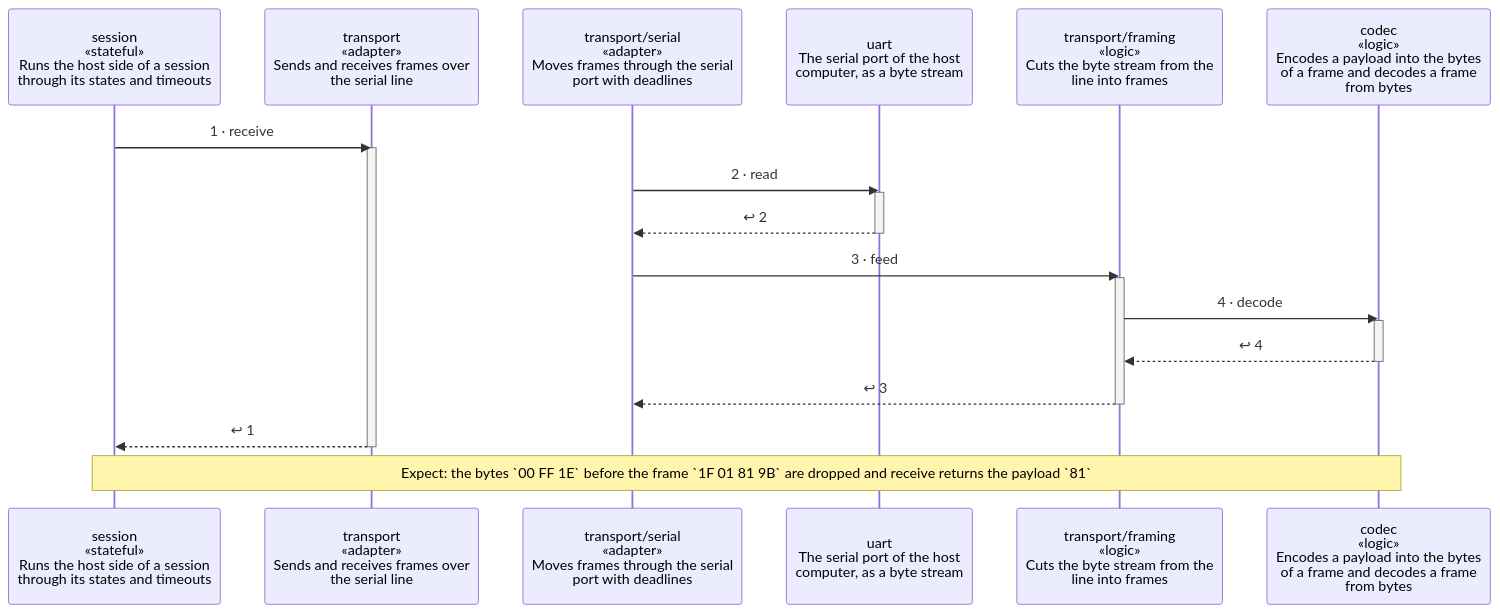
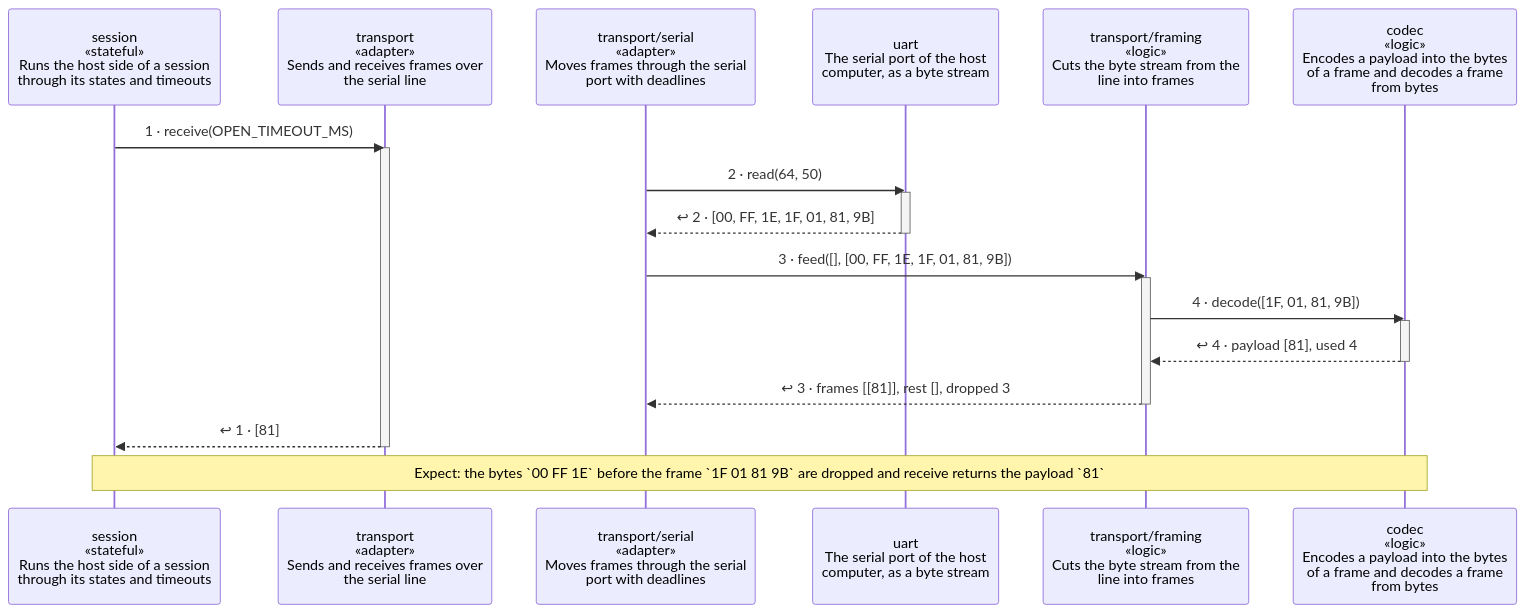
One commit to wackazong/unifold changed the diagram in examples/serial-line/docs/diagrams/scenario-garbage-before-frame.md. Above: the diagram before and after it, drawn with Mermaid. The commit also changed other lines of this file and 30 other files, not shown here.

````diff
--- a/examples/serial-line/docs/diagrams/scenario-garbage-before-frame.md
+++ b/examples/serial-line/docs/diagrams/scenario-garbage-before-frame.md
@@ -12,31 +12,31 @@
 ```mermaid
 ---
 config:
   sequence:
     height: 108
 ---
 sequenceDiagram
   participant psession as session<br/>«stateful»<br/>Runs the host side of a session<br/>through its states and timeouts
   participant ptransport as transport<br/>«adapter»<br/>Sends and receives frames over<br/>the serial line
   participant ptransport__serial as transport/serial<br/>«adapter»<br/>Moves frames through the serial<br/>port with deadlines
   participant puart as uart<br/>The serial port of the host<br/>computer, as a byte stream
   participant ptransport__framing as transport/framing<br/>«logic»<br/>Cuts the byte stream from the<br/>line into frames
   participant pcodec as codec<br/>«logic»<br/>Encodes a payload into the bytes<br/>of a frame and decodes a frame<br/>from bytes
-  psession->>ptransport: 1 · receive
+  psession->>ptransport: 1 · receive(OPEN_TIMEOUT_MS)
   activate ptransport
-  ptransport__serial->>puart: 2 · read
+  ptransport__serial->>puart: 2 · read(64, 50)
   activate puart
-  puart-->>ptransport__serial: ↩ 2
+  puart-->>ptransport__serial: ↩ 2 · [00, FF, 1E, 1F, 01, 81, 9B]
   deactivate puart
-  ptransport__serial->>ptransport__framing: 3 · feed
+  ptransport__serial->>ptransport__framing: 3 · feed([], [00, FF, 1E, 1F, 01, 81, 9B])
   activate ptransport__framing
-  ptransport__framing->>pcodec: 4 · decode
+  ptransport__framing->>pcodec: 4 · decode([1F, 01, 81, 9B])
   activate pcodec
-  pcodec-->>ptransport__framing: ↩ 4
+  pcodec-->>ptransport__framing: ↩ 4 · payload [81], used 4
   deactivate pcodec
-  ptransport__framing-->>ptransport__serial: ↩ 3
+  ptransport__framing-->>ptransport__serial: ↩ 3 · frames [[81]], rest [], dropped 3
   deactivate ptransport__framing
-  ptransport-->>psession: ↩ 1
+  ptransport-->>psession: ↩ 1 · [81]
   deactivate ptransport
   Note over psession,pcodec: wrap: Expect: the bytes `00 FF 1E` before the frame `1F 01 81 9B` are dropped and receive returns the payload `81`
 ```
````
